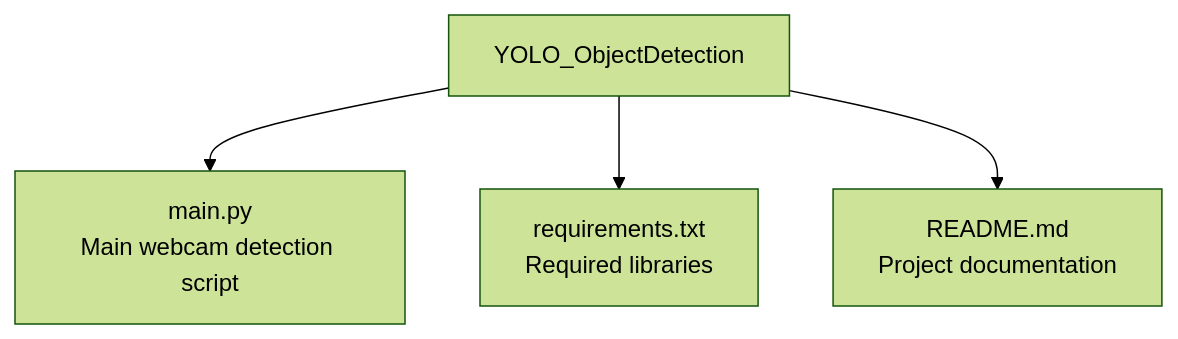
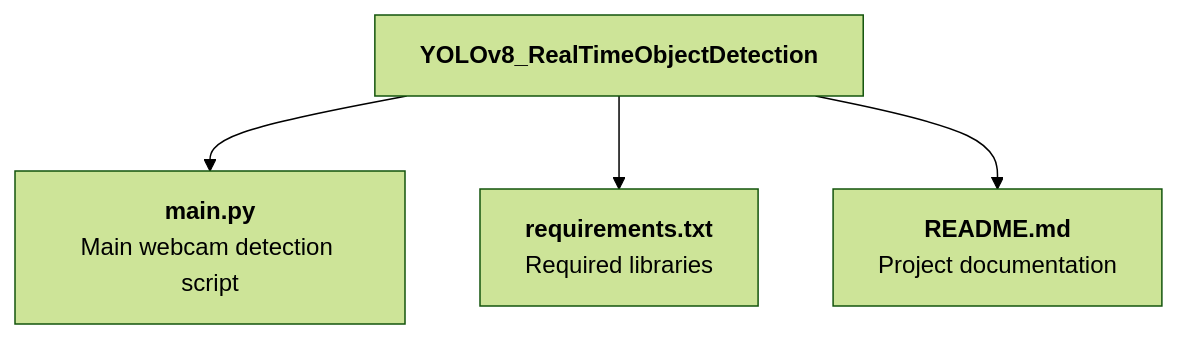
The diagram in README.md (Arghachakraborty05/YOLOv8_RealTimeObjectDetectionUsingWebcam), drawn with Mermaid (forest theme) before and after one commit.

````diff
--- a/README.md
+++ b/README.md
@@ -32,8 +32,8 @@
 ```mermaid
 flowchart TD
-    A[YOLO_ObjectDetection]
-    A --> B[main.py<br/>Main webcam detection script]
-    A --> C[requirements.txt<br/>Required libraries]
-    A --> D[README.md<br/>Project documentation]
+    A[<b>YOLOv8_RealTimeObjectDetection<b>]
+    A --> B[<b>main.py</b><br/>Main webcam detection script]
+    A --> C[<b>requirements.txt</b><br/>Required libraries]
+    A --> D[<b>README.md</b><br/>Project documentation]
 
  ```
````
